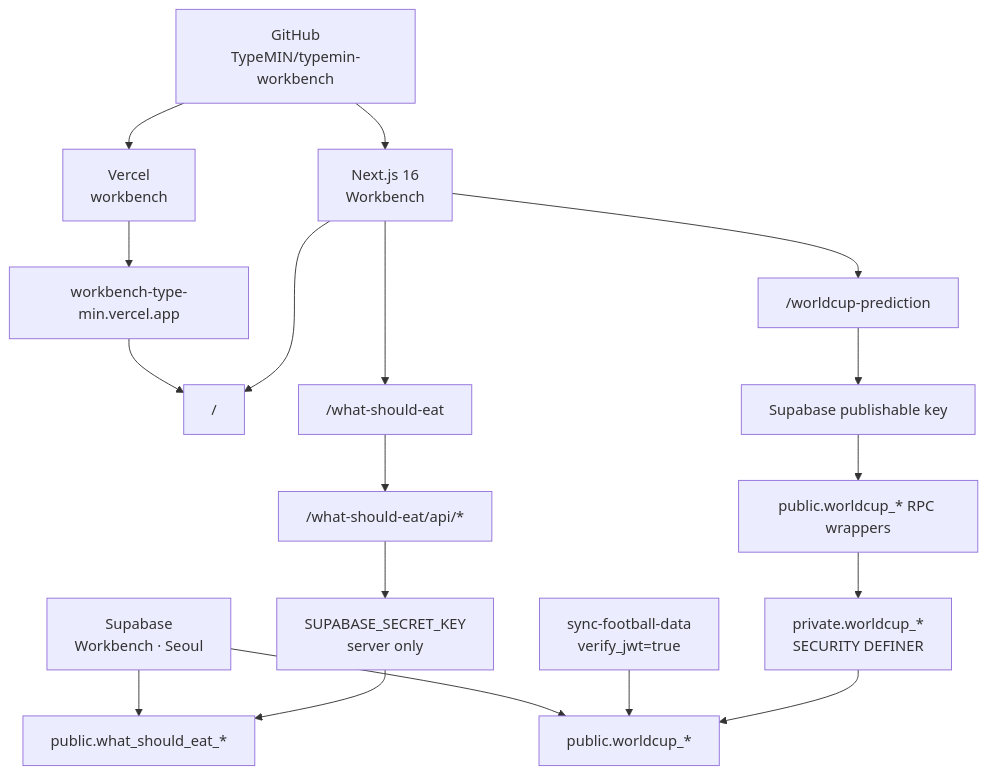
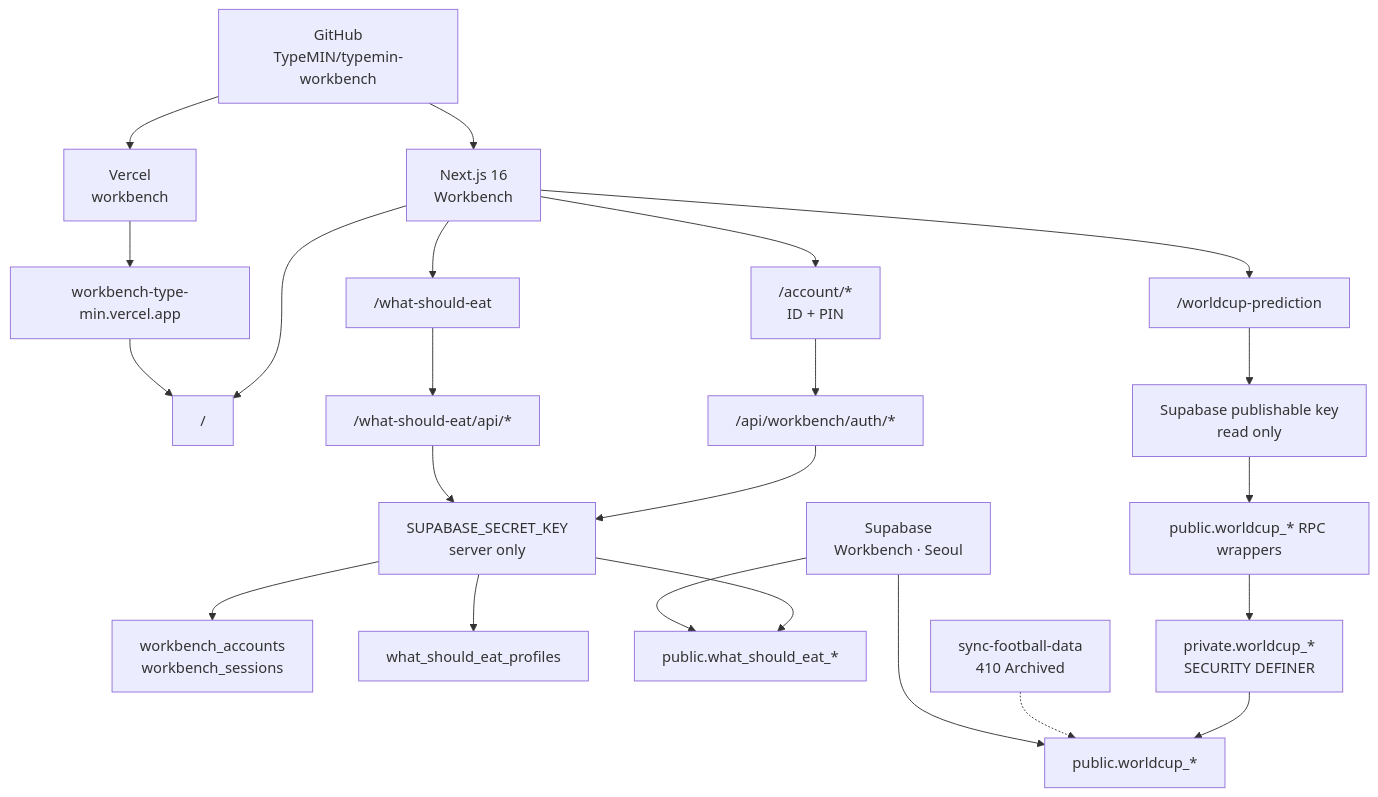
One commit to TypeMIN/typemin-workbench changed the diagram in docs/architecture.md. Above: the diagram before and after it, drawn with Mermaid. The commit also changed other lines of this file and 59 other files, not shown here.

Commit message:
feat: unify Workbench accounts across apps

````diff
--- a/docs/architecture.md
+++ b/docs/architecture.md
@@ -17,20 +17,25 @@
 ```mermaid
 flowchart TD
     GitHub["GitHub<br/>TypeMIN/typemin-workbench"] --> Next["Next.js 16<br/>Workbench"]
     Next --> Home["/"]
     Next --> Meal["/what-should-eat"]
     Next --> WorldCup["/worldcup-prediction"]
+    Next --> Account["/account/*<br/>ID + PIN"]
     GitHub --> Vercel["Vercel<br/>workbench"]
     Vercel --> Host["workbench-type-min.vercel.app"]
     Host --> Home
     Meal --> MealAPI["/what-should-eat/api/*"]
-    MealAPI --> ServerSecret["SUPABASE_SECRET_KEY<br/>server only"]
+    Account --> AuthAPI["/api/workbench/auth/*"]
+    AuthAPI --> ServerSecret["SUPABASE_SECRET_KEY<br/>server only"]
+    MealAPI --> ServerSecret
+    ServerSecret --> Accounts["workbench_accounts<br/>workbench_sessions"]
+    ServerSecret --> Profiles["what_should_eat_profiles"]
     ServerSecret --> MealTables["public.what_should_eat_*"]
-    WorldCup --> PublicKey["Supabase publishable key"]
+    WorldCup --> PublicKey["Supabase publishable key<br/>read only"]
     PublicKey --> RPC["public.worldcup_* RPC wrappers"]
     RPC --> PrivateRPC["private.worldcup_*<br/>SECURITY DEFINER"]
     PrivateRPC --> WorldCupTables["public.worldcup_*"]
-    Edge["sync-football-data<br/>verify_jwt=true"] --> WorldCupTables
+    Edge["sync-football-data<br/>410 Archived"] -.-> WorldCupTables
     Supabase["Supabase<br/>Workbench · Seoul"] --> MealTables
     Supabase --> WorldCupTables
 ```
````
